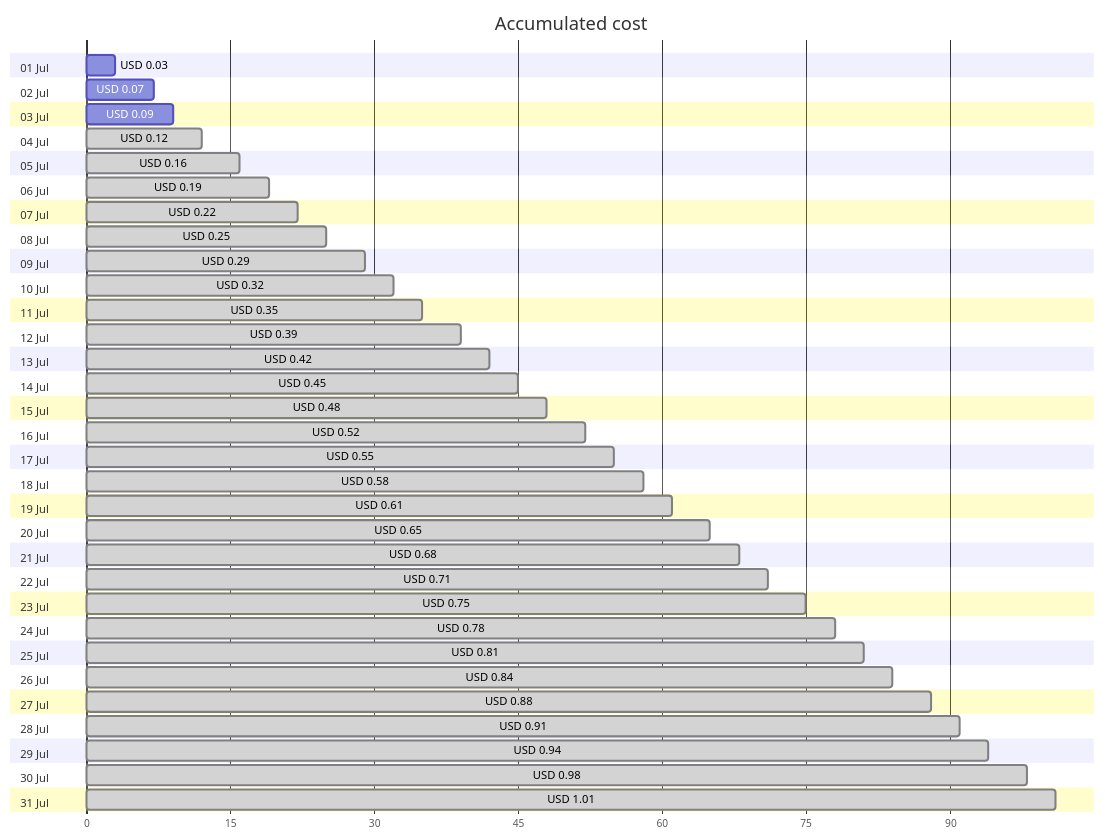
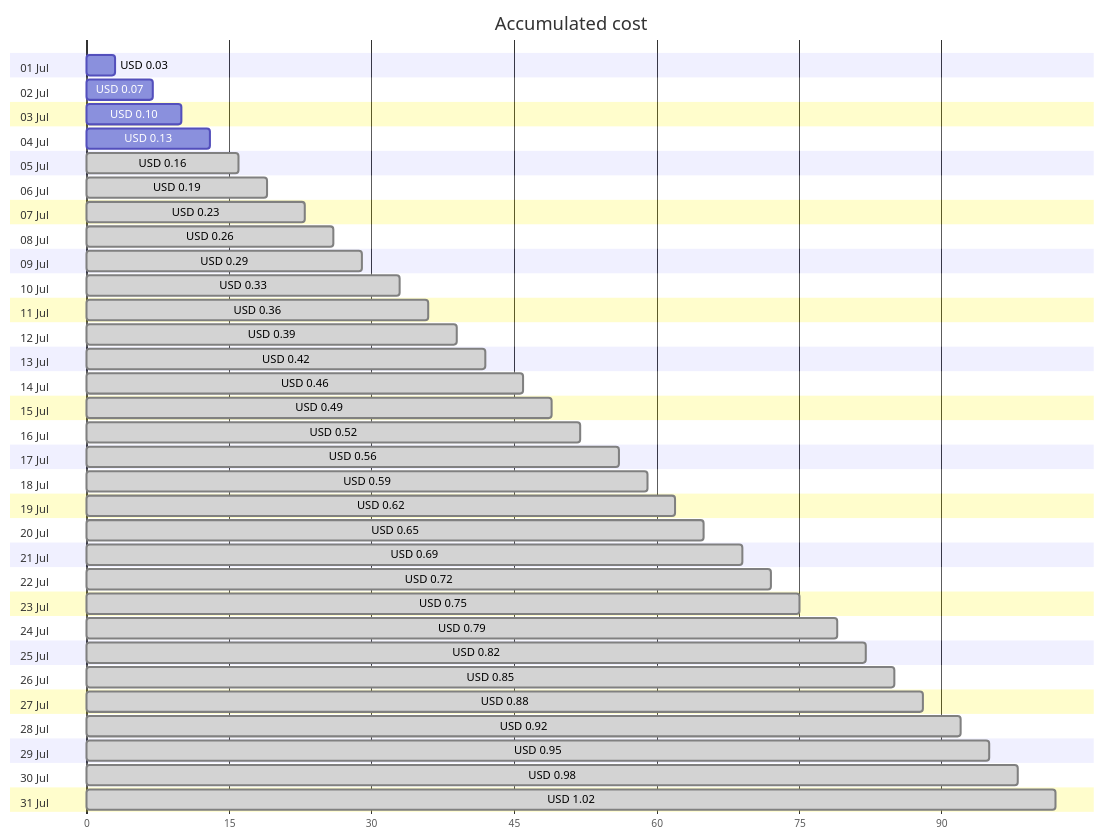
One commit to jpfulton/azure-personal-reports changed the first of 4 diagrams in cost-reports/personal-dns/README.md. Above: the diagram before and after it, drawn with Mermaid. The commit also changed other lines of this file and 2 other files, not shown here.

Commit message:
Generated reports [skip ci]

````diff
--- a/cost-reports/personal-dns/README.md
+++ b/cost-reports/personal-dns/README.md
@@ -20,68 +20,68 @@
 ```mermaid
 gantt
    title Accumulated cost
    dateFormat  X
    axisFormat %s
    section 01 Jul
    USD 0.03 :0, 3
    section 02 Jul
    USD 0.07 :0, 7
    section 03 Jul
-   USD 0.09 :0, 9
+   USD 0.10 :0, 10
    section 04 Jul
-   USD 0.12 : done, 0, 12
+   USD 0.13 :0, 13
    section 05 Jul
    USD 0.16 : done, 0, 16
    section 06 Jul
    USD 0.19 : done, 0, 19
    section 07 Jul
-   USD 0.22 : done, 0, 22
+   USD 0.23 : done, 0, 23
    section 08 Jul
-   USD 0.25 : done, 0, 25
+   USD 0.26 : done, 0, 26
    section 09 Jul
    USD 0.29 : done, 0, 29
    section 10 Jul
-   USD 0.32 : done, 0, 32
+   USD 0.33 : done, 0, 33
    section 11 Jul
-   USD 0.35 : done, 0, 35
+   USD 0.36 : done, 0, 36
    section 12 Jul
    USD 0.39 : done, 0, 39
    section 13 Jul
    USD 0.42 : done, 0, 42
    section 14 Jul
-   USD 0.45 : done, 0, 45
+   USD 0.46 : done, 0, 46
    section 15 Jul
-   USD 0.48 : done, 0, 48
+   USD 0.49 : done, 0, 49
    section 16 Jul
    USD 0.52 : done, 0, 52
    section 17 Jul
-   USD 0.55 : done, 0, 55
+   USD 0.56 : done, 0, 56
    section 18 Jul
-   USD 0.58 : done, 0, 58
+   USD 0.59 : done, 0, 59
    section 19 Jul
-   USD 0.61 : done, 0, 61
+   USD 0.62 : done, 0, 62
    section 20 Jul
    USD 0.65 : done, 0, 65
    section 21 Jul
-   USD 0.68 : done, 0, 68
+   USD 0.69 : done, 0, 69
    section 22 Jul
-   USD 0.71 : done, 0, 71
+   USD 0.72 : done, 0, 72
    section 23 Jul
    USD 0.75 : done, 0, 75
    section 24 Jul
-   USD 0.78 : done, 0, 78
+   USD 0.79 : done, 0, 79
    section 25 Jul
-   USD 0.81 : done, 0, 81
+   USD 0.82 : done, 0, 82
    section 26 Jul
-   USD 0.84 : done, 0, 84
+   USD 0.85 : done, 0, 85
    section 27 Jul
    USD 0.88 : done, 0, 88
    section 28 Jul
-   USD 0.91 : done, 0, 91
+   USD 0.92 : done, 0, 92
    section 29 Jul
-   USD 0.94 : done, 0, 94
+   USD 0.95 : done, 0, 95
    section 30 Jul
    USD 0.98 : done, 0, 98
    section 31 Jul
-   USD 1.01 : done, 0, 101
+   USD 1.02 : done, 0, 102
 ```
````
